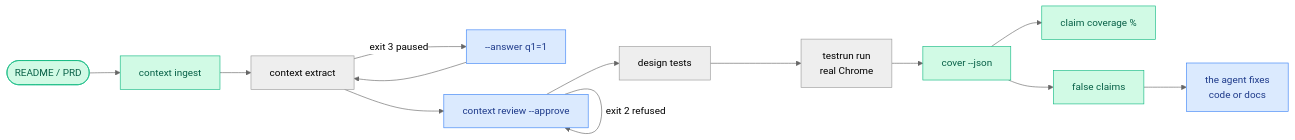
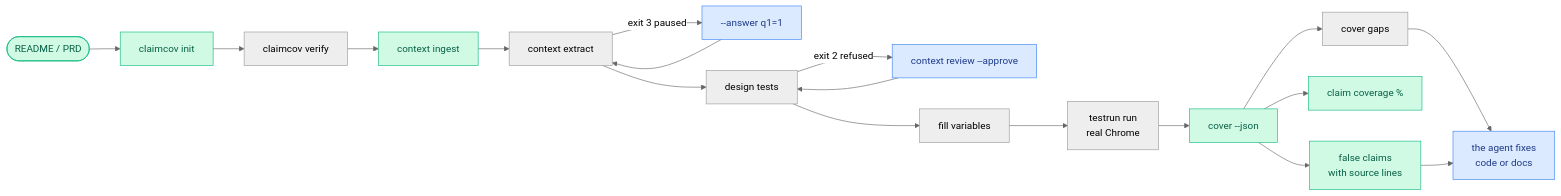
The diagram in README.md (alfonsodg/claimcov), drawn with Mermaid (neutral theme) before and after one commit. The commit also changed other lines of this file, not shown here.

Commit message:
docs(readme): refresh pipeline diagram and test count (#2)
The Mermaid flowchart now shows init, approve-and-retry, variable
filling, cover gaps and source-line citations. Badge and Tests section
report the 88 passing tests.

Ref #2

````diff
--- a/README.md
+++ b/README.md
@@ -49,20 +49,25 @@
 ```mermaid
 flowchart LR
-    doc([README / PRD]) --> ingest[context ingest]
+    doc([README / PRD]) --> init[claimcov init]
+    init --> verify[claimcov verify]
+    verify --> ingest[context ingest]
     ingest --> extract[context extract]
     extract -->|exit 3 paused| answer[--answer q1=1]
     answer --> extract
-    extract --> review[context review --approve]
-    review -->|exit 2 refused| review
-    review --> design[design tests]
-    design --> run[testrun run<br/>real Chrome]
+    extract --> design[design tests]
+    design -->|exit 2 refused| approve[context review --approve]
+    approve --> design
+    design --> vars[fill variables]
+    vars --> run[testrun run<br/>real Chrome]
     run --> cover[cover --json]
+    cover --> gaps[cover gaps]
     cover --> pct[claim coverage %]
-    cover --> false[false claims]
-    false --> agent[the agent fixes<br/>code or docs]
+    cover --> false[false claims<br/>with source lines]
+    gaps --> agent[the agent fixes<br/>code or docs]
+    false --> agent
 
     classDef pub fill:#d1fae5,stroke:#10b981,color:#065f46
     classDef loop fill:#dbeafe,stroke:#3b82f6,color:#1e3a8a
-    class doc,ingest,cover,pct,false pub
-    class answer,review,agent loop
+    class doc,init,ingest,cover,pct,false pub
+    class answer,approve,agent loop
 ```
````
